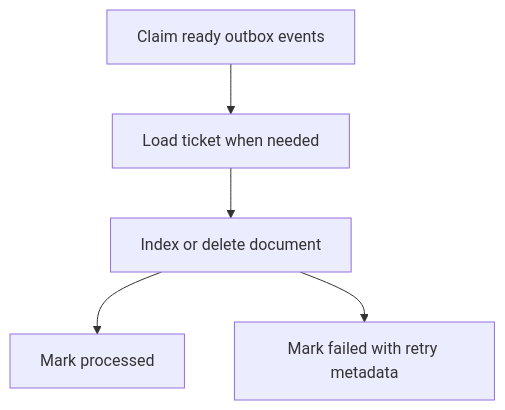
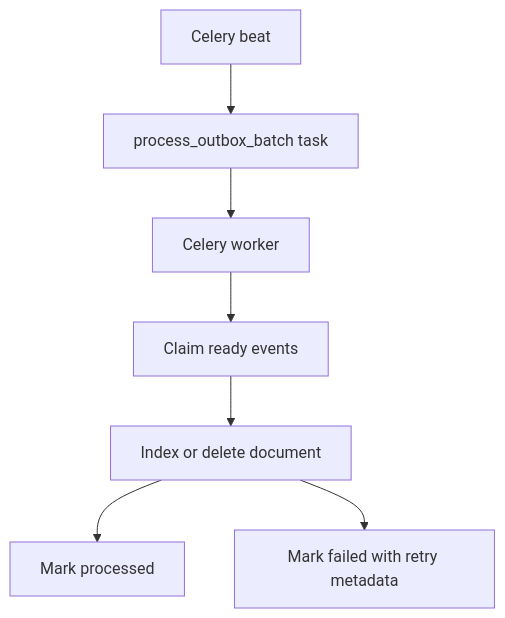
The second of 4 diagrams in docs/architecture.md (melika-kheirieh/fastapi-ticket-search-service), drawn with Mermaid before and after one commit. The commit also changed other lines of this file and 4 other files, not shown here.

````diff
--- a/docs/architecture.md
+++ b/docs/architecture.md
@@ -42,7 +43,9 @@
 ```mermaid
 flowchart TD
-    A["Claim ready outbox events"] --> B["Load ticket when needed"]
-    B --> C["Index or delete document"]
-    C --> D["Mark processed"]
-    C --> E["Mark failed with retry metadata"]
+    A["Celery beat"] --> B["process_outbox_batch task"]
+    B --> C["Celery worker"]
+    C --> D["Claim ready events"]
+    D --> E["Index or delete document"]
+    E --> F["Mark processed"]
+    E --> G["Mark failed with retry metadata"]
 ```
````
